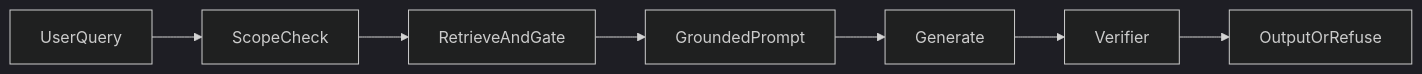
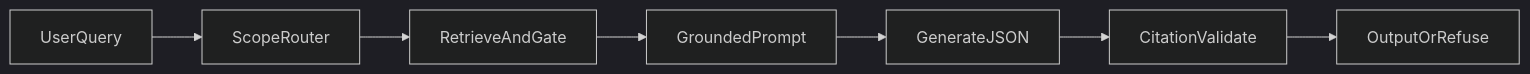
The fourth of 4 diagrams in plan.md (glygener/glycochatbot), drawn with Mermaid (dark theme) before and after one commit. The commit also changed other lines of this file and 35 other files, not shown here.

````diff
--- a/plan.md
+++ b/plan.md
@@ -335,9 +366,9 @@
 ```mermaid
 flowchart LR
-  Q[UserQuery] --> S[ScopeCheck]
+  Q[UserQuery] --> S[ScopeRouter]
   S --> R[RetrieveAndGate]
   R --> P[GroundedPrompt]
-  P --> G[Generate]
-  G --> V[Verifier]
+  P --> G[GenerateJSON]
+  G --> V[CitationValidate]
   V --> O[OutputOrRefuse]
 ```
````
